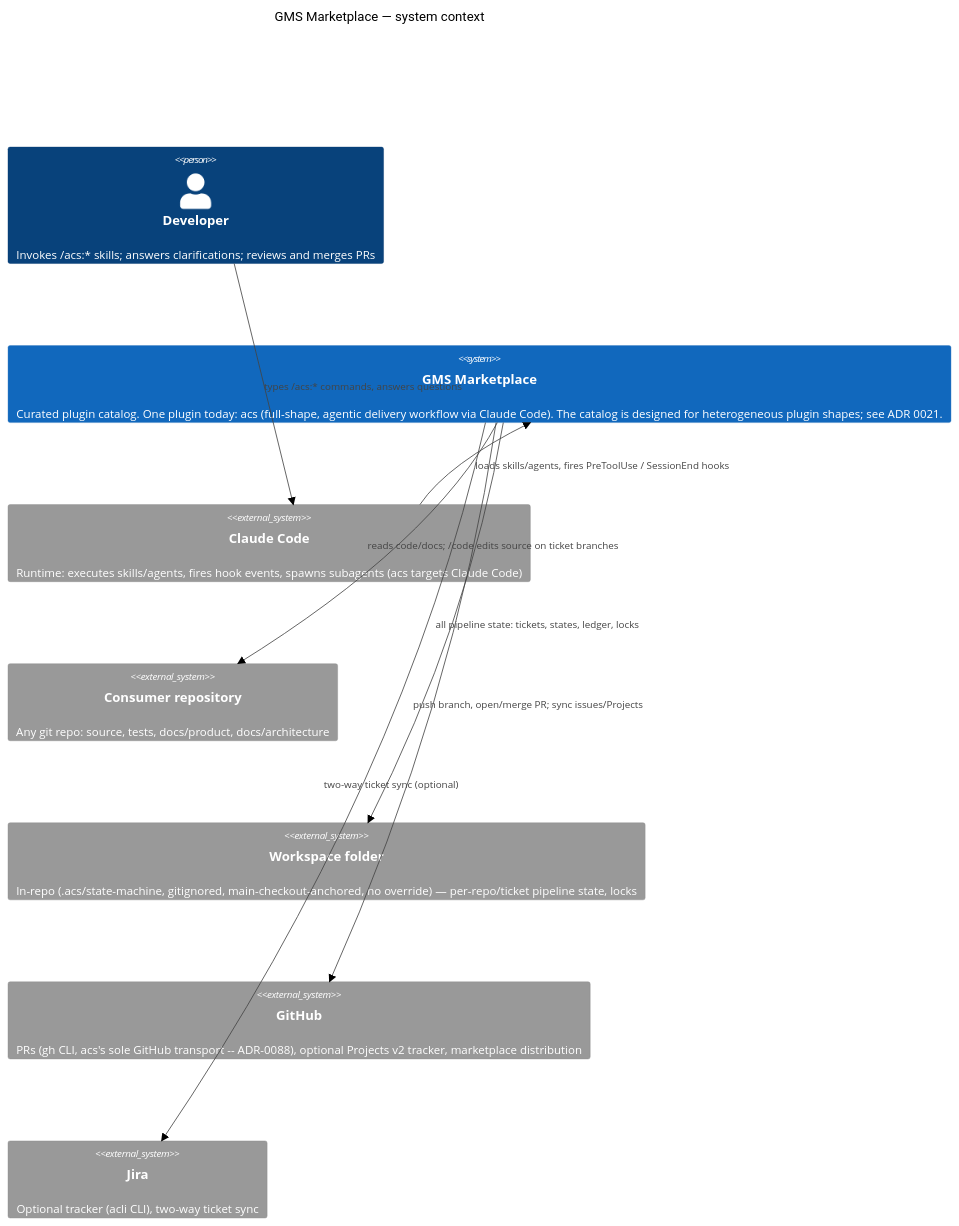
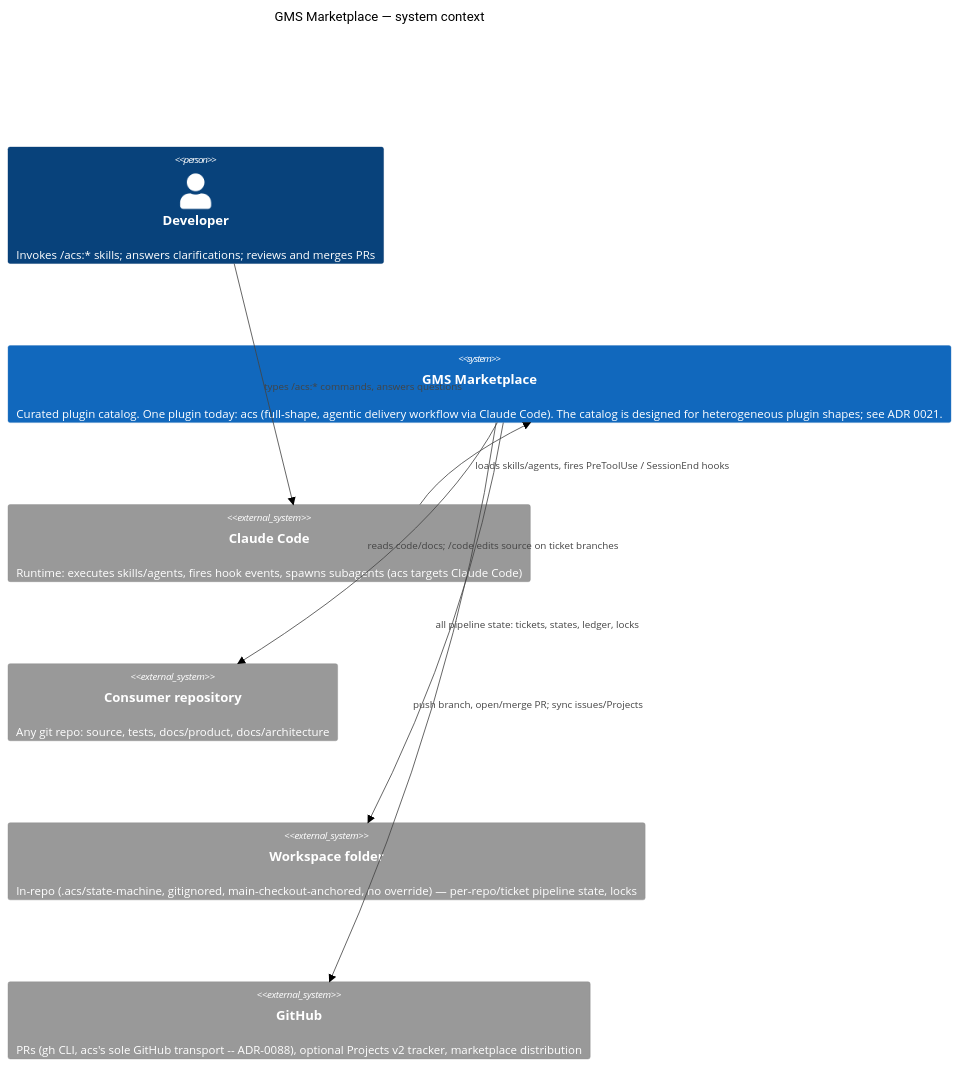
One commit to globalmindsolution/gms-marketplace changed the diagram in docs/architecture/hld/c4-context.md. Above: the diagram before and after it, drawn with Mermaid (neutral theme). The commit also changed other lines of this file and 66 other files, not shown here.

````diff
--- a/docs/architecture/hld/c4-context.md
+++ b/docs/architecture/hld/c4-context.md
@@ -3,21 +3,19 @@
 ```mermaid
 C4Context
     title GMS Marketplace — system context
 
     Person(dev, "Developer", "Invokes /acs:* skills; answers clarifications; reviews and merges PRs")
 
     System(mkt, "GMS Marketplace", "Curated plugin catalog. One plugin today: acs (full-shape, agentic delivery workflow via Claude Code). The catalog is designed for heterogeneous plugin shapes; see ADR 0021.")
 
     System_Ext(cc, "Claude Code", "Runtime: executes skills/agents, fires hook events, spawns subagents (acs targets Claude Code)")
     System_Ext(repo, "Consumer repository", "Any git repo: source, tests, docs/product, docs/architecture")
     System_Ext(ws, "Workspace folder", "In-repo (.acs/state-machine, gitignored, main-checkout-anchored, no override) — per-repo/ticket pipeline state, locks")
     System_Ext(gh, "GitHub", "PRs (gh CLI, acs's sole GitHub transport -- ADR-0088), optional Projects v2 tracker, marketplace distribution")
-    System_Ext(jira, "Jira", "Optional tracker (acli CLI), two-way ticket sync")
 
     Rel(dev, cc, "types /acs:* commands, answers questions")
     Rel(cc, mkt, "loads skills/agents, fires PreToolUse / SessionEnd hooks")
     Rel(mkt, repo, "reads code/docs; /code edits source on ticket branches")
     Rel(mkt, ws, "all pipeline state: tickets, states, ledger, locks")
     Rel(mkt, gh, "push branch, open/merge PR; sync issues/Projects")
-    Rel(mkt, jira, "two-way ticket sync (optional)")
 ```
````
